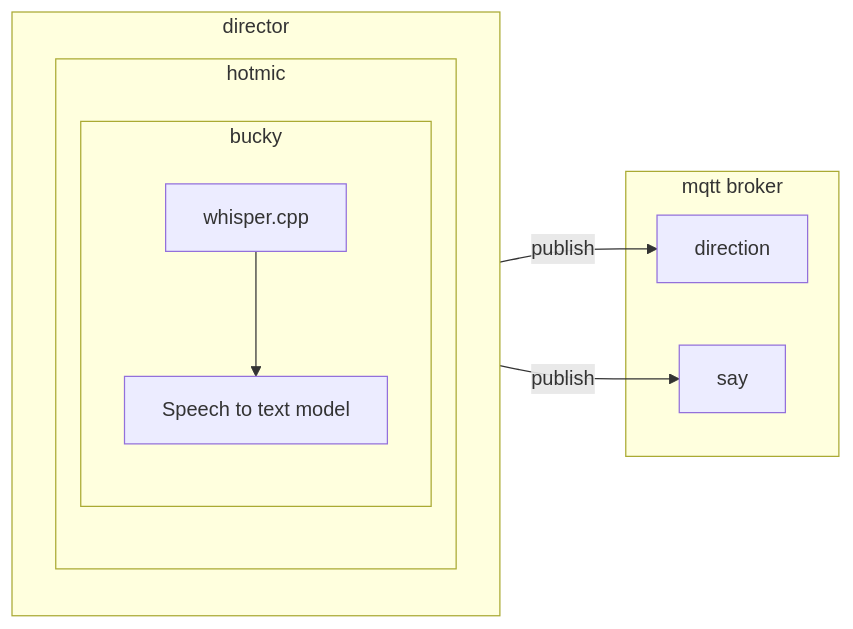
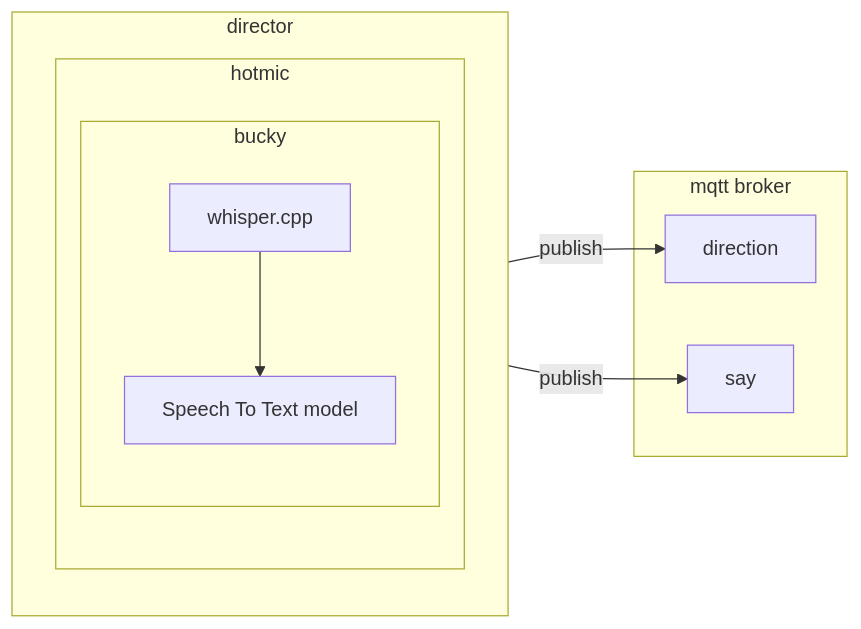
One commit to deadprogram/talkingheads changed the fourth of 6 diagrams in README.md. Above: the diagram before and after it, drawn with Mermaid. The commit also changed other lines of this file and 1 other file, not shown here.

Commit message:
actor: handle another text cleanup edge case

````diff
--- a/README.md
+++ b/README.md
@@ -100,18 +100,18 @@
 ```mermaid
 flowchart LR
 subgraph mqtt broker
     direction
     say
 end
 subgraph director
     hotmic
 end
 subgraph hotmic
     subgraph bucky
         whisper.cpp
-        whisper.cpp-->stt[Speech to text model]
+        whisper.cpp-->stt[Speech To Text model]
     end
 end
 director -- publish --> direction
 director -- publish --> say
 ```
````
